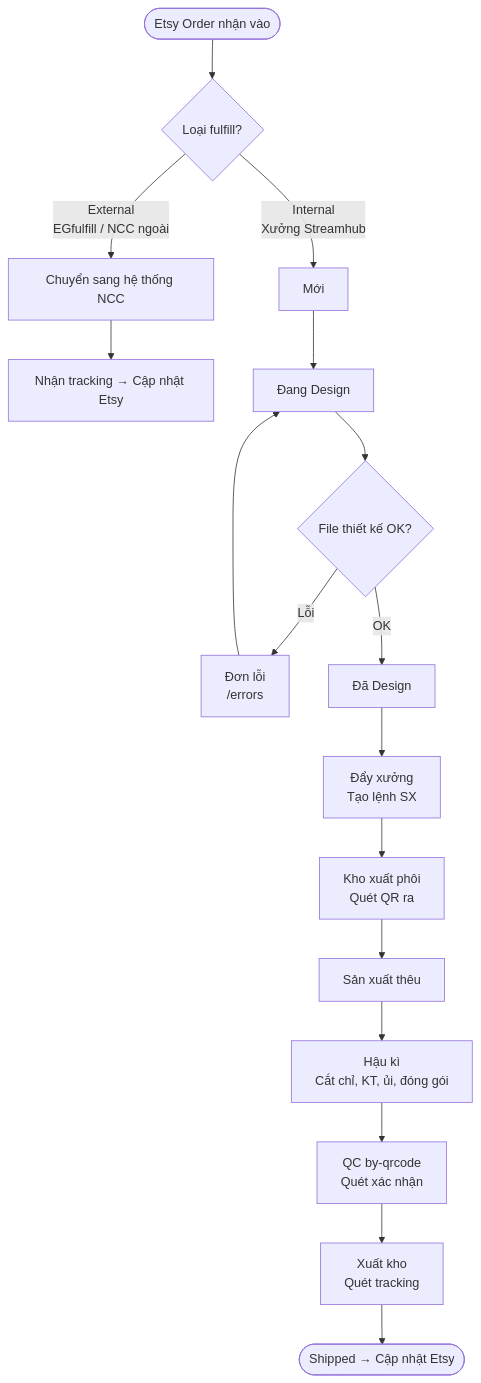
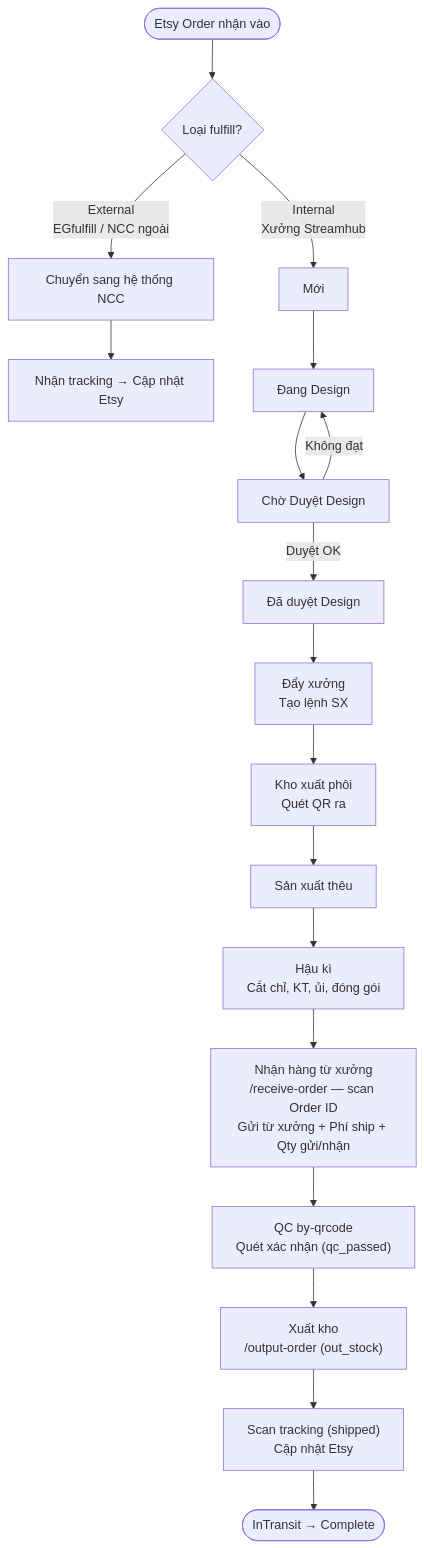
The first of 12 diagrams in docs/01-phan-tich-quy-trinh/workflow.md (gioitrongxuan/streamhubs), drawn with Mermaid before and after one commit. The commit also changed other lines of this file and 14 other files, not shown here.

First line of the commit message:
docs: rà soát và cập nhật tài liệu thiết kế hệ thống

````diff
--- a/docs/01-phan-tich-quy-trinh/workflow.md
+++ b/docs/01-phan-tich-quy-trinh/workflow.md
@@ -5,22 +5,23 @@
 ```mermaid
 flowchart TD
-    A([Etsy Order nhận vào]) --> B{Loại fulfill?}
+    A(["Etsy Order nhận vào"]) --> B{"Loại fulfill?"}
 
-    B -- Internal\nXưởng Streamhub --> C[Mới]
-    B -- External\nEGfulfill / NCC ngoài --> EXT[Chuyển sang hệ thống NCC]
-    EXT --> EXTSHIP[Nhận tracking → Cập nhật Etsy]
+    B -- "Internal<br>Xưởng Streamhub" --> C["Mới"]
+    B -- "External<br>EGfulfill / NCC ngoài" --> EXT["Chuyển sang hệ thống NCC"]
+    EXT --> EXTSHIP["Nhận tracking → Cập nhật Etsy"]
 
-    C --> D[Đang Design]
-    D --> E{File thiết kế OK?}
-    E -- Lỗi --> F[Đơn lỗi\n/errors]
-    F --> D
-    E -- OK --> G[Đã Design]
+    C --> D["Đang Design"]
+    D --> PR["Chờ Duyệt Design"]
+    PR -- "Không đạt" --> D
+    PR -- "Duyệt OK" --> G["Đã duyệt Design"]
 
-    G --> H[Đẩy xưởng\nTạo lệnh SX]
-    H --> I[Kho xuất phôi\nQuét QR ra]
-    I --> J[Sản xuất thêu]
-    J --> K[Hậu kì\nCắt chỉ, KT, ủi, đóng gói]
-    K --> L[QC by-qrcode\nQuét xác nhận]
-    L --> M[Xuất kho\nQuét tracking]
-    M --> N([Shipped → Cập nhật Etsy])
+    G --> H["Đẩy xưởng<br>Tạo lệnh SX"]
+    H --> I["Kho xuất phôi<br>Quét QR ra"]
+    I --> J["Sản xuất thêu"]
+    J --> K["Hậu kì<br>Cắt chỉ, KT, ủi, đóng gói"]
+    K --> L["Nhận hàng từ xưởng<br>/receive-order — scan Order ID<br>Gửi từ xưởng + Phí ship + Qty gửi/nhận"]
+    L --> L2["QC by-qrcode<br>Quét xác nhận (qc_passed)"]
+    L2 --> M["Xuất kho\n/output-order (out_stock)"]
+    M --> N["Scan tracking (shipped)\nCập nhật Etsy"]
+    N --> O(["InTransit → Complete"])
 ```
````
